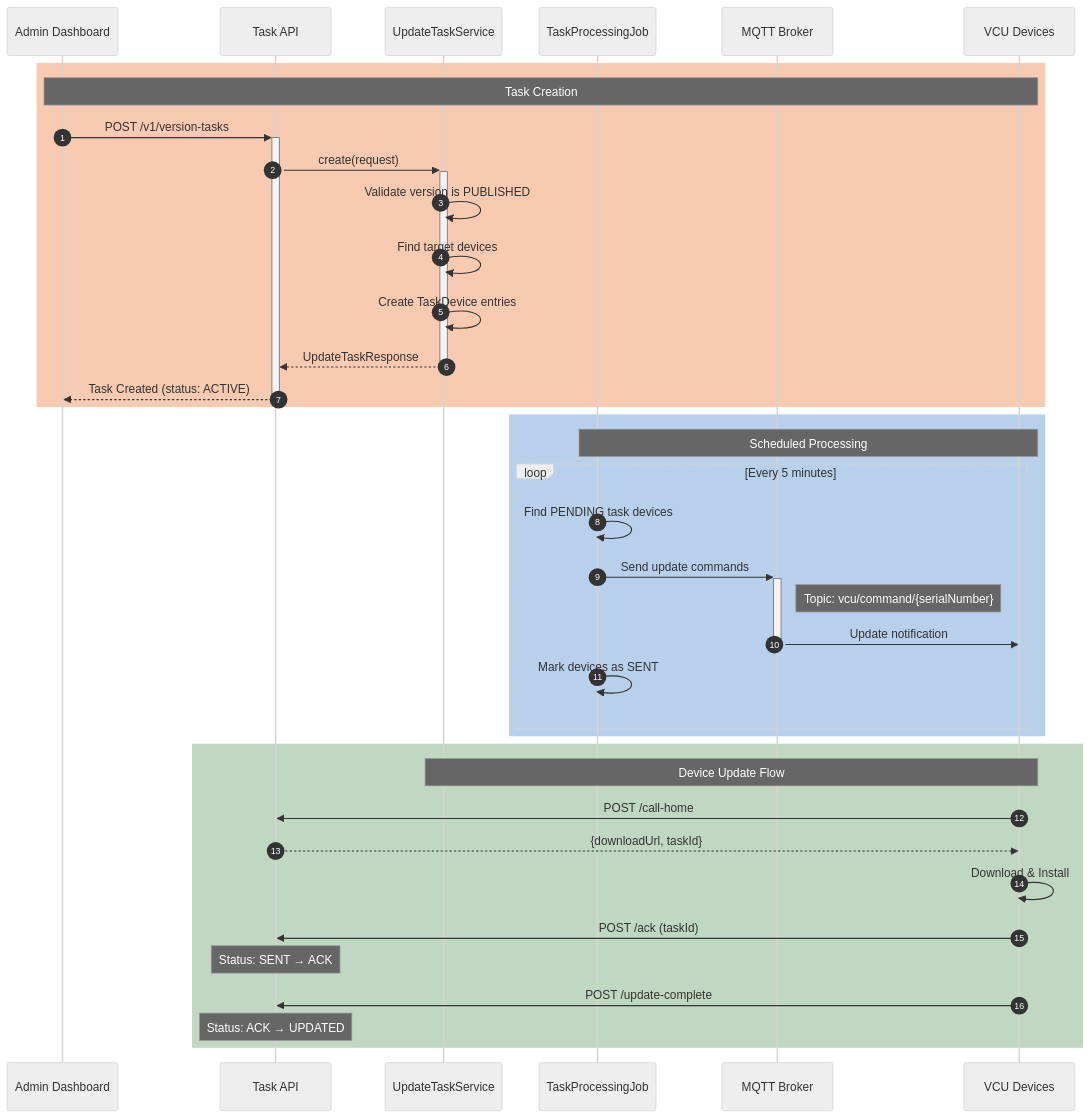
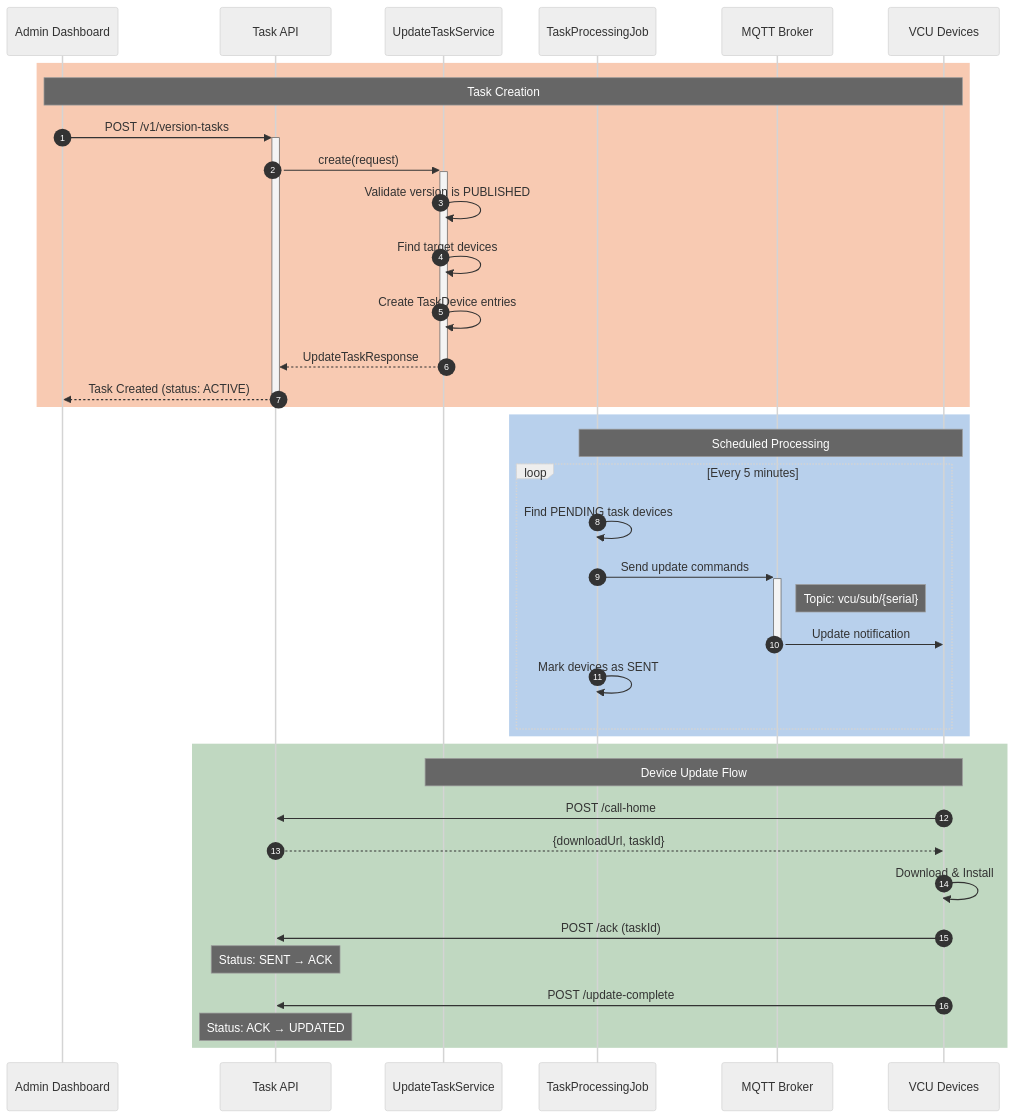
One commit to arroak-x/ba-sing-se changed the fourth of 7 diagrams in README.md. Above: the diagram before and after it, drawn with Mermaid (neutral theme). The commit also changed other lines of this file, not shown here.

Commit message:
Update OTA constraints and MQTT command details

````diff
--- a/README.md
+++ b/README.md
@@ -197,43 +199,43 @@
 ```mermaid
 sequenceDiagram
     autonumber
     participant Admin as Admin Dashboard
     participant API as Task API
     participant Service as UpdateTaskService
     participant Job as TaskProcessingJob
     participant MQTT as MQTT Broker
     participant Device as VCU Devices
 
     rect rgba(230, 81, 0, 0.3)
         Note over Admin,Device: Task Creation
         Admin->>+API: POST /v1/version-tasks
         API->>+Service: create(request)
         Service->>Service: Validate version is PUBLISHED
         Service->>Service: Find target devices
         Service->>Service: Create TaskDevice entries
         Service-->>-API: UpdateTaskResponse
         API-->>-Admin: Task Created (status: ACTIVE)
     end
 
     rect rgba(21, 101, 192, 0.3)
         Note over Job,Device: Scheduled Processing
         loop Every 5 minutes
             Job->>Job: Find PENDING task devices
             Job->>+MQTT: Send update commands
-            Note right of MQTT: Topic: vcu/command/{serialNumber}
+            Note right of MQTT: Topic: vcu/sub/{serial}
             MQTT->>-Device: Update notification
             Job->>Job: Mark devices as SENT
         end
     end
 
     rect rgba(46, 125, 50, 0.3)
         Note over Device,Service: Device Update Flow
         Device->>API: POST /call-home
         API-->>Device: {downloadUrl, taskId}
         Device->>Device: Download & Install
         Device->>API: POST /ack (taskId)
         Note over API: Status: SENT → ACK
         Device->>API: POST /update-complete
         Note over API: Status: ACK → UPDATED
     end
 ```
````
